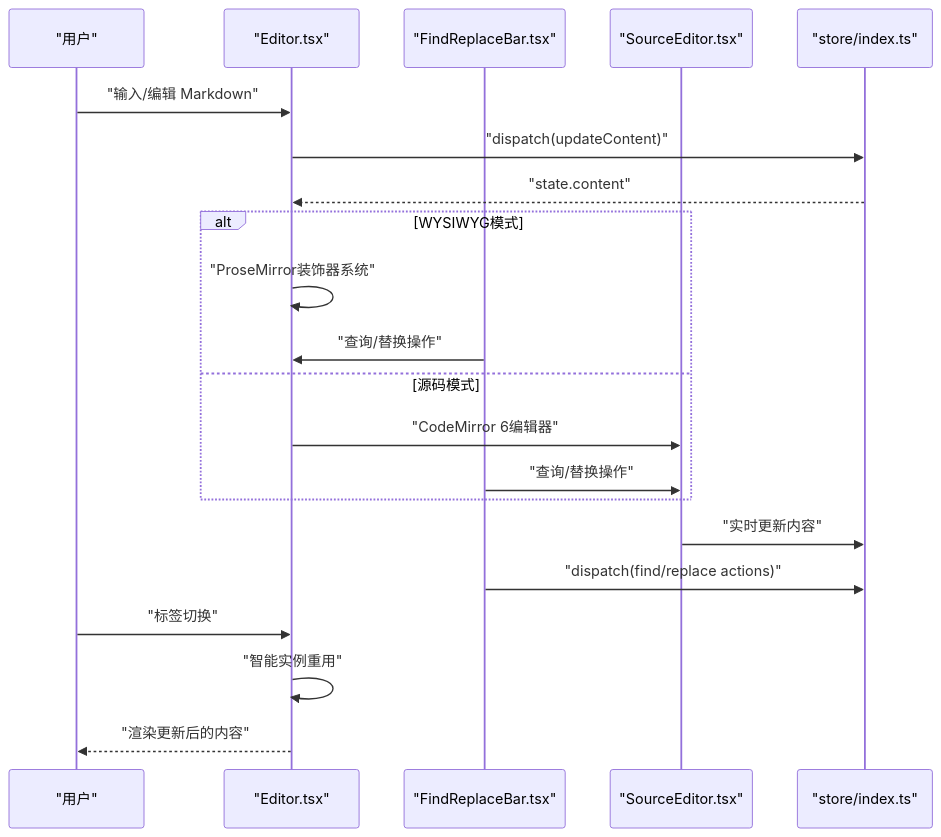
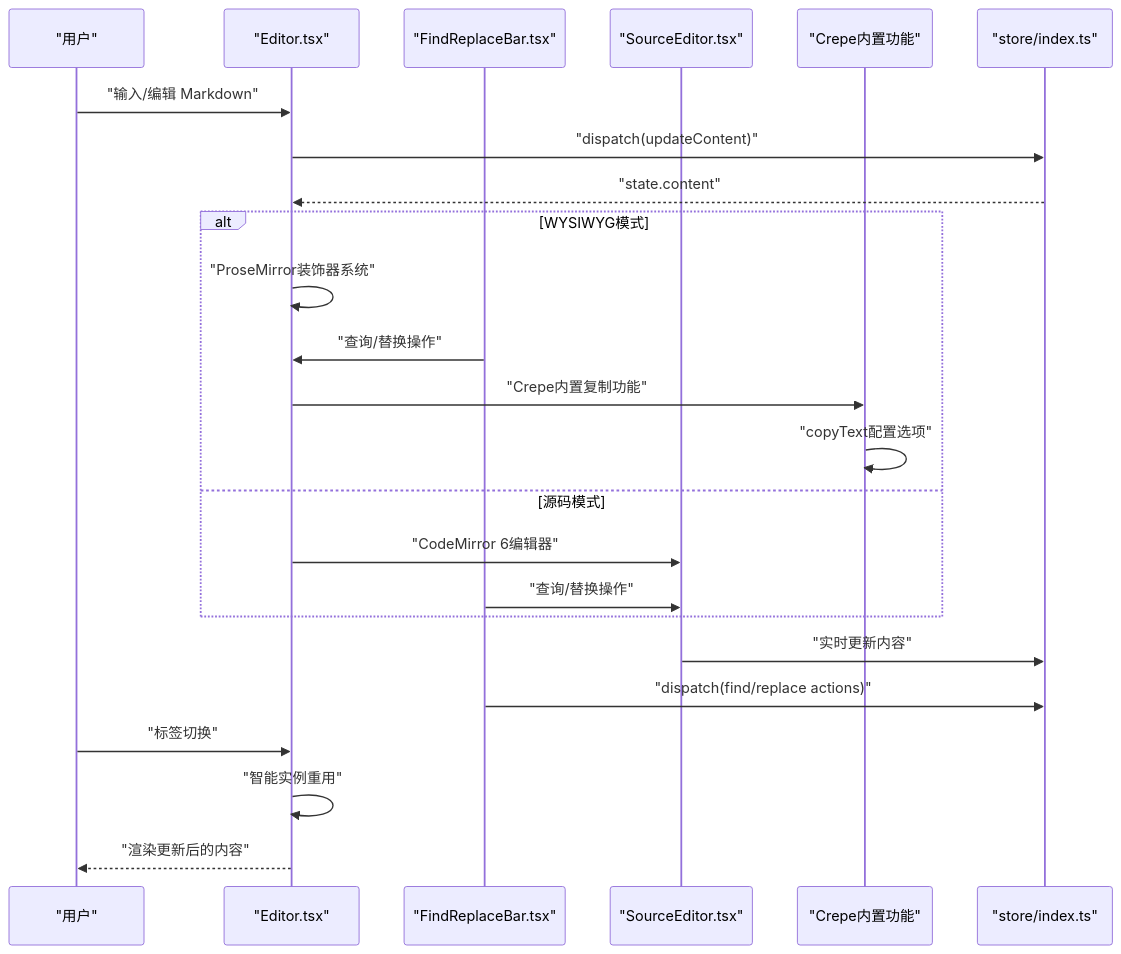
Before and after one commit to gongshiyun/ZenNote: the second of 8 diagrams in .qoder/repowiki/zh/content/核心组件/编辑器组件.md, drawn with Mermaid. The commit also changed other lines of this file and 71 other files, not shown here.

Commit message:
feat: 发布 v0.8.10 — 表格交互重做(单元格拖拽多选+右键菜单行/列/整表操作，移除合并/拆分/切换表头)、表格多选在右键菜单期间稳定保持、图片点击缩放查看(Mermaid放大浮层)、界面图标整体放大一档；同步清理对应孤儿代码与测试

````diff
--- a/.qoder/repowiki/zh/content/核心组件/编辑器组件.md
+++ b/.qoder/repowiki/zh/content/核心组件/编辑器组件.md
@@ -130,23 +143,26 @@
 ```mermaid
 sequenceDiagram
 participant U as "用户"
 participant E as "Editor.tsx"
 participant FR as "FindReplaceBar.tsx"
 participant SE as "SourceEditor.tsx"
+participant C as "Crepe内置功能"
 participant S as "store/index.ts"
 U->>E : "输入/编辑 Markdown"
 E->>S : "dispatch(updateContent)"
 S-->>E : "state.content"
 alt WYSIWYG模式
 E->>E : "ProseMirror装饰器系统"
 FR->>E : "查询/替换操作"
+E->>C : "Crepe内置复制功能"
+C->>C : "copyText配置选项"
 else 源码模式
 E->>SE : "CodeMirror 6编辑器"
 FR->>SE : "查询/替换操作"
 end
 SE->>S : "实时更新内容"
 FR->>S : "dispatch(find/replace actions)"
 U->>E : "标签切换"
 E->>E : "智能实例重用"
 E-->>U : "渲染更新后的内容"
 ```
````
